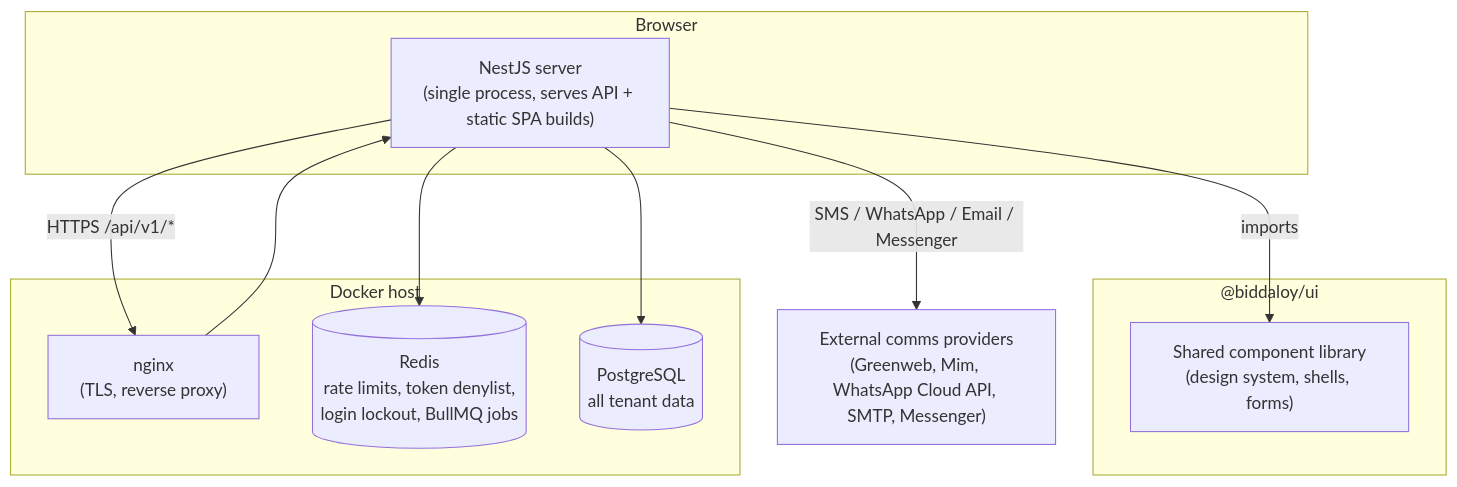
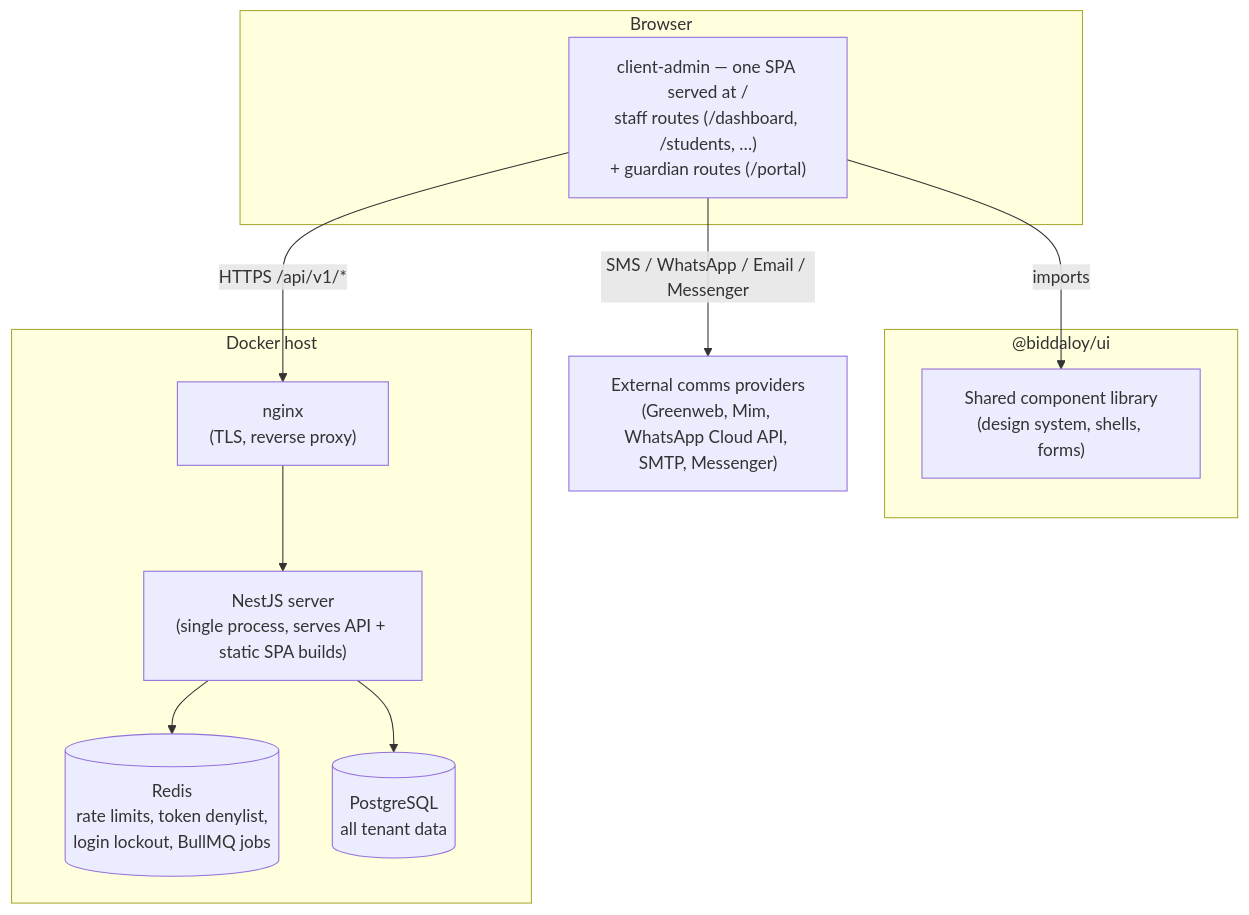
One commit to tareq89/biddaloy changed the diagram in docs/architecture/00-overview.md. Above: the diagram before and after it, drawn with Mermaid.

Commit message:
docs(architecture): use distinct Mermaid node ids for browser and server apps
Line 28 declared APP for client-admin, and the server app declared APP
again — Mermaid can't represent these as separate nodes. Rename the server
node to SERVER_APP and update its edges.

Addresses CodeRabbit review on PR #293.

````diff
--- a/docs/architecture/00-overview.md
+++ b/docs/architecture/00-overview.md
@@ -25,26 +25,26 @@
 ```mermaid
 flowchart TB
     subgraph Browser
         APP["client-admin — one SPA served at /\nstaff routes (/dashboard, /students, …)\n+ guardian routes (/portal)"]
     end
 
     subgraph "@biddaloy/ui"
         UI["Shared component library\n(design system, shells, forms)"]
     end
 
     APP -- imports --> UI
 
     APP -- "HTTPS /api/v1/*" --> NGINX
 
     subgraph Server["Docker host"]
         NGINX["nginx\n(TLS, reverse proxy)"]
-        APP["NestJS server\n(single process, serves API + static SPA builds)"]
+        SERVER_APP["NestJS server\n(single process, serves API + static SPA builds)"]
         REDIS[("Redis\nrate limits, token denylist,\nlogin lockout, BullMQ jobs")]
         PG[("PostgreSQL\nall tenant data")]
-        NGINX --> APP
-        APP --> REDIS
-        APP --> PG
+        NGINX --> SERVER_APP
+        SERVER_APP --> REDIS
+        SERVER_APP --> PG
     end
 
     APP -- "SMS / WhatsApp / Email / Messenger" --> Providers["External comms providers\n(Greenweb, Mim, WhatsApp Cloud API, SMTP, Messenger)"]
 ```
````
